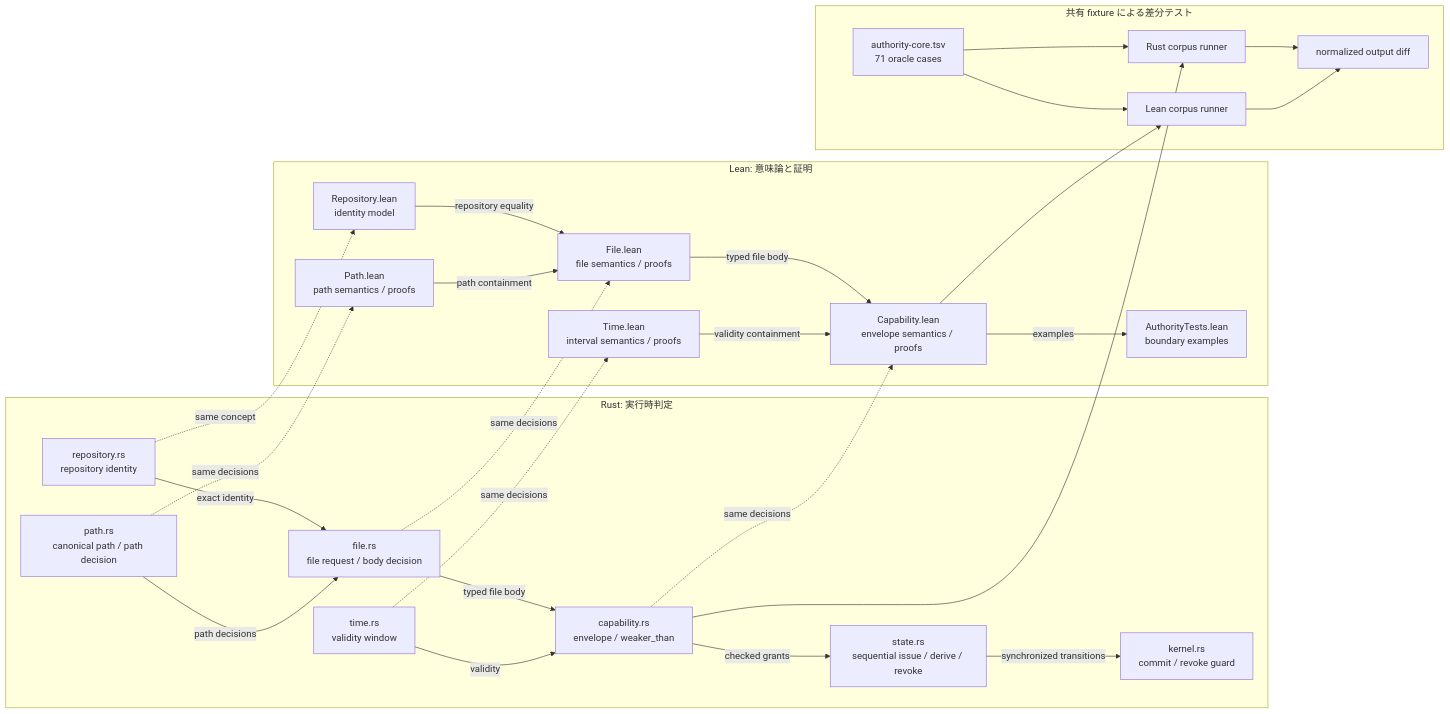
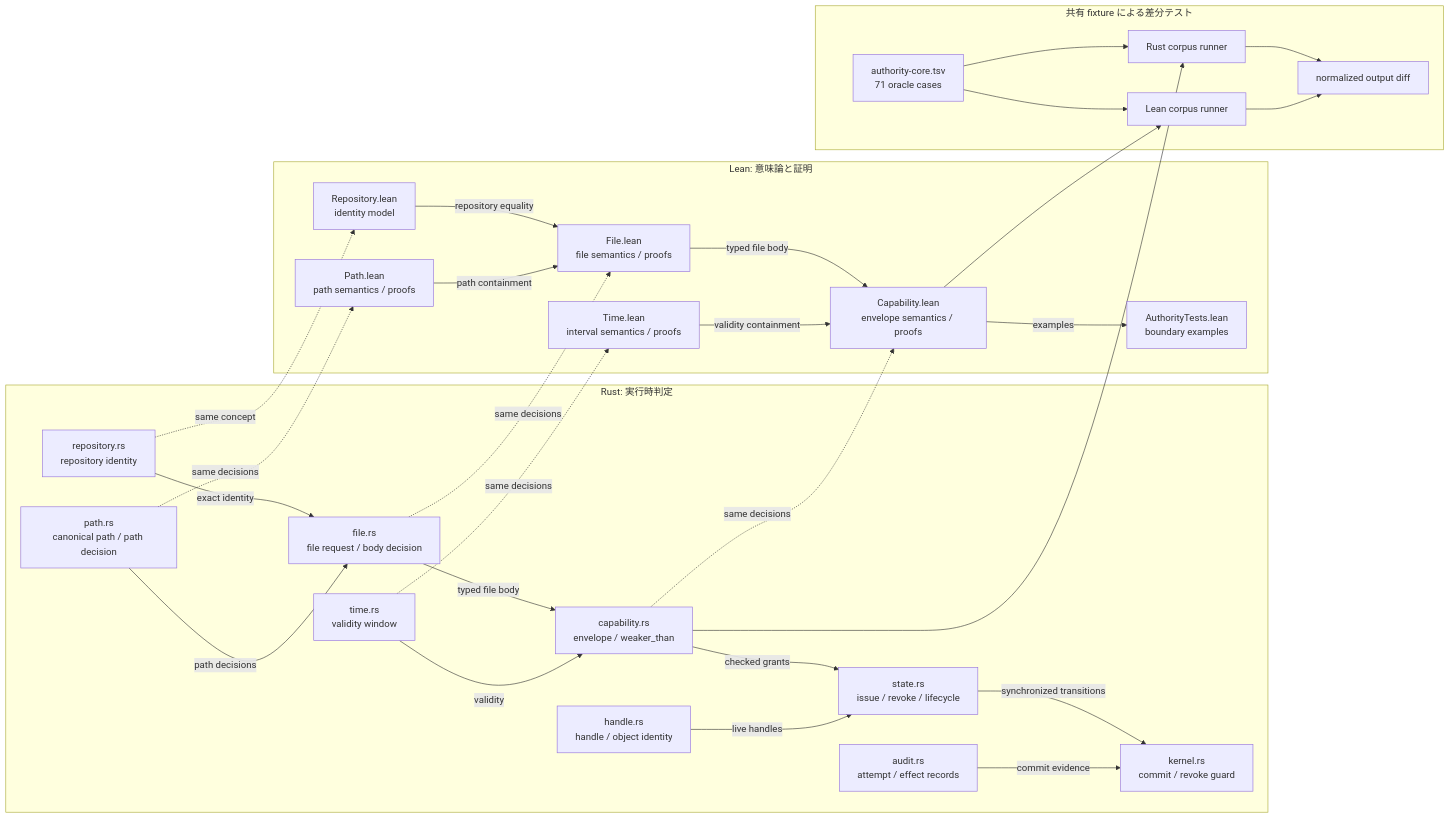
The first of 2 diagrams in docs/authority-core/README.md (Aqua-218/SecCamp-AIAgent), drawn with Mermaid before and after one commit. The commit also changed other lines of this file and 12 other files, not shown here.

````diff
--- a/docs/authority-core/README.md
+++ b/docs/authority-core/README.md
@@ -28,51 +28,55 @@
 ```mermaid
 flowchart LR
     subgraph rust["Rust: 実行時判定"]
         rustRepo["repository.rs<br/>repository identity"]
         rustPath["path.rs<br/>canonical path / path decision"]
         rustFile["file.rs<br/>file request / body decision"]
         rustTime["time.rs<br/>validity window"]
         rustCap["capability.rs<br/>envelope / weaker_than"]
-        rustState["state.rs<br/>sequential issue / derive / revoke"]
+        rustHandle["handle.rs<br/>handle / object identity"]
+        rustState["state.rs<br/>issue / revoke / lifecycle"]
+        rustAudit["audit.rs<br/>attempt / effect records"]
         rustKernel["kernel.rs<br/>commit / revoke guard"]
         rustRepo -->|"exact identity"| rustFile
         rustPath -->|"path decisions"| rustFile
         rustFile -->|"typed file body"| rustCap
         rustTime -->|"validity"| rustCap
         rustCap -->|"checked grants"| rustState
+        rustHandle -->|"live handles"| rustState
         rustState -->|"synchronized transitions"| rustKernel
+        rustAudit -->|"commit evidence"| rustKernel
     end
 
     subgraph lean["Lean: 意味論と証明"]
         leanRepo["Repository.lean<br/>identity model"]
         leanPath["Path.lean<br/>path semantics / proofs"]
         leanFile["File.lean<br/>file semantics / proofs"]
         leanTime["Time.lean<br/>interval semantics / proofs"]
         leanCap["Capability.lean<br/>envelope semantics / proofs"]
         leanTests["AuthorityTests.lean<br/>boundary examples"]
         leanRepo -->|"repository equality"| leanFile
         leanPath -->|"path containment"| leanFile
         leanFile -->|"typed file body"| leanCap
         leanTime -->|"validity containment"| leanCap
         leanCap -->|"examples"| leanTests
     end
 
     subgraph differential["共有 fixture による差分テスト"]
         corpus["authority-core.tsv<br/>71 oracle cases"]
         rustRunner["Rust corpus runner"]
         leanRunner["Lean corpus runner"]
         compare["normalized output diff"]
         corpus --> rustRunner
         corpus --> leanRunner
         rustRunner --> compare
         leanRunner --> compare
     end
 
     rustRepo -.->|"same concept"| leanRepo
     rustPath -.->|"same decisions"| leanPath
     rustFile -.->|"same decisions"| leanFile
     rustTime -.->|"same decisions"| leanTime
     rustCap -.->|"same decisions"| leanCap
     rustCap --> rustRunner
     leanCap --> leanRunner
 ```
````
